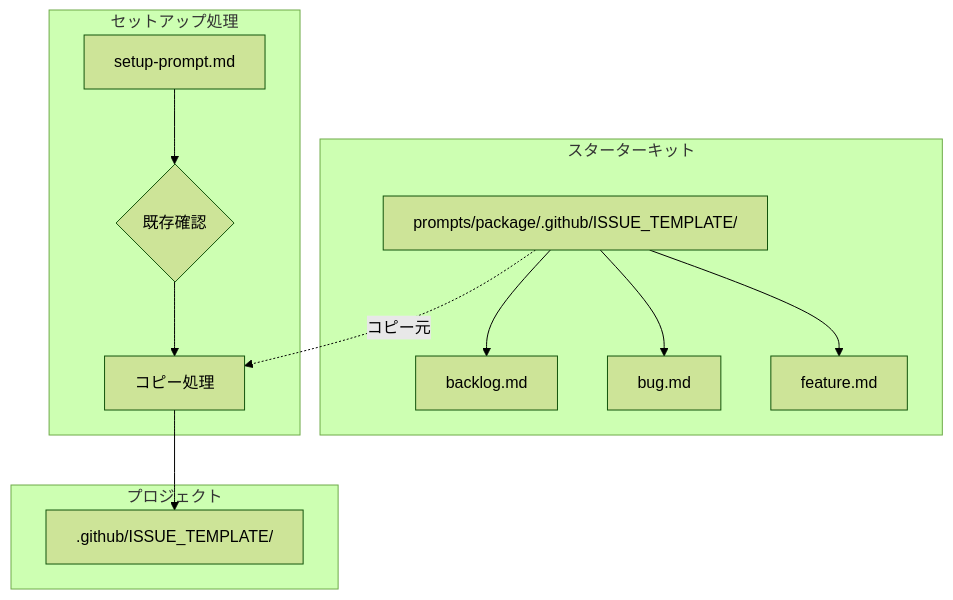
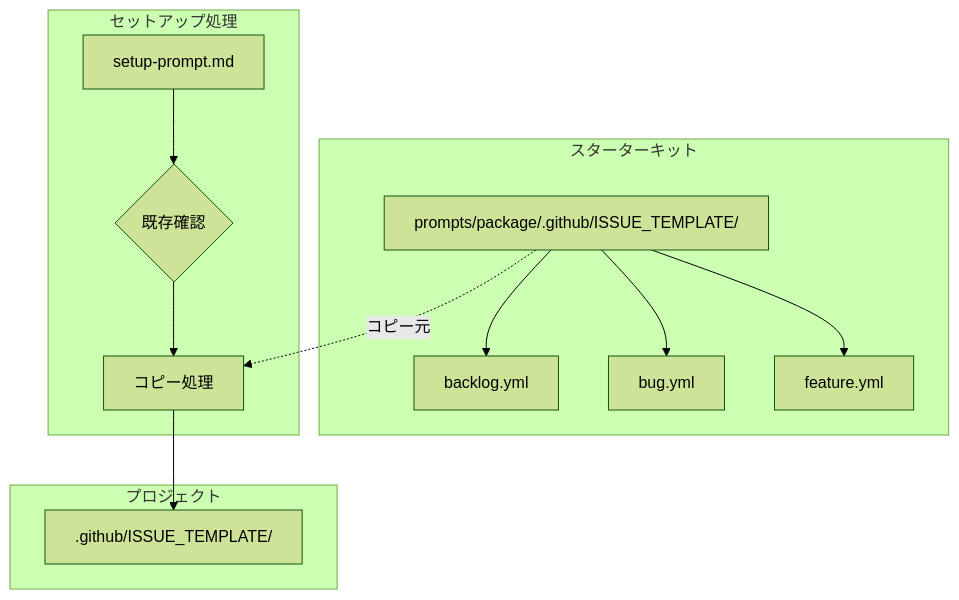
One commit to ikeisuke/ai-dlc-starter-kit changed the diagram in docs/cycles/v1.7.0/design-artifacts/domain-models/003-backlog-issue-templates_domain_model.md. Above: the diagram before and after it, drawn with Mermaid (forest theme). The commit also changed other lines of this file and 1 other file, not shown here.

````diff
--- a/docs/cycles/v1.7.0/design-artifacts/domain-models/003-backlog-issue-templates_domain_model.md
+++ b/docs/cycles/v1.7.0/design-artifacts/domain-models/003-backlog-issue-templates_domain_model.md
@@ -115,22 +121,22 @@
 ```mermaid
 graph TB
     subgraph "スターターキット"
         PKG[prompts/package/.github/ISSUE_TEMPLATE/]
-        PKG --> BL[backlog.md]
-        PKG --> BG[bug.md]
-        PKG --> FT[feature.md]
+        PKG --> BL[backlog.yml]
+        PKG --> BG[bug.yml]
+        PKG --> FT[feature.yml]
     end
 
     subgraph "セットアップ処理"
         SETUP[setup-prompt.md]
         SETUP --> CHECK{既存確認}
         CHECK --> COPY[コピー処理]
     end
 
     subgraph "プロジェクト"
         PROJ[.github/ISSUE_TEMPLATE/]
     end
 
     COPY --> PROJ
     PKG -.->|コピー元| COPY
 ```
````
